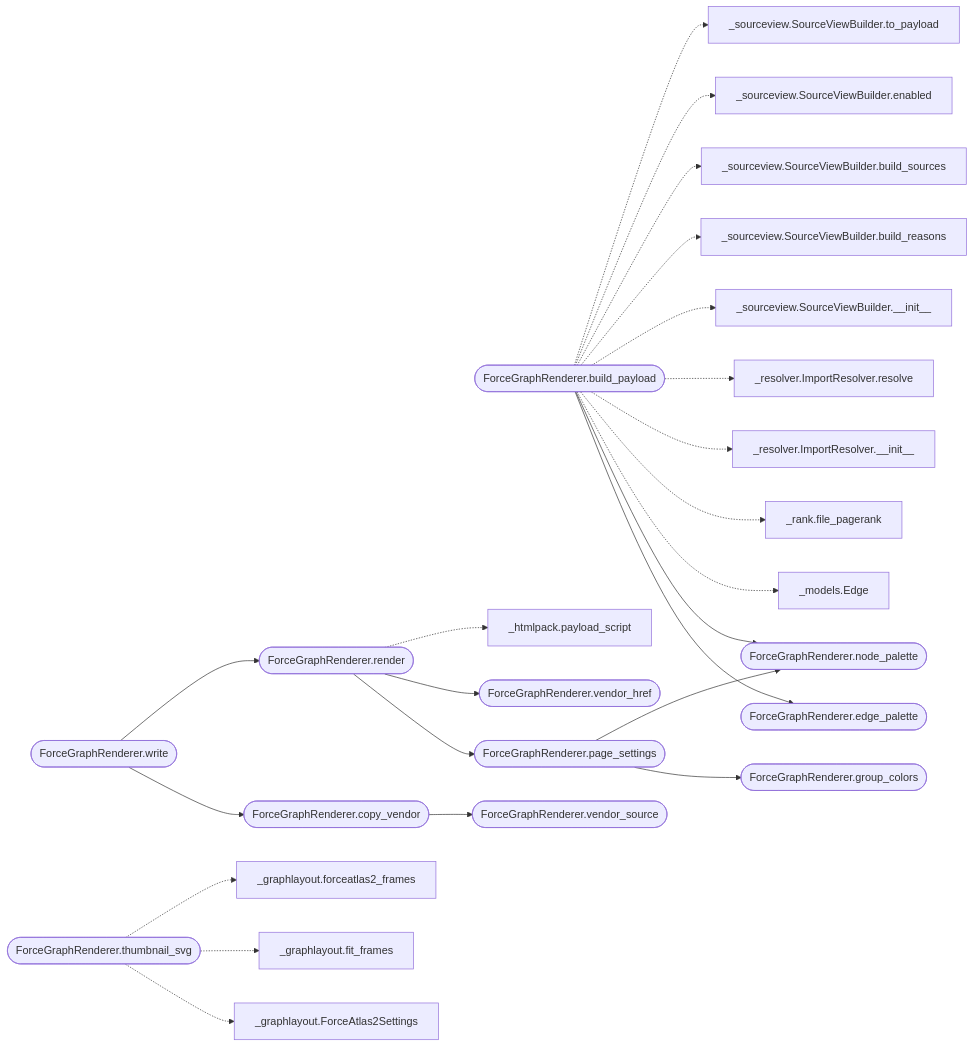
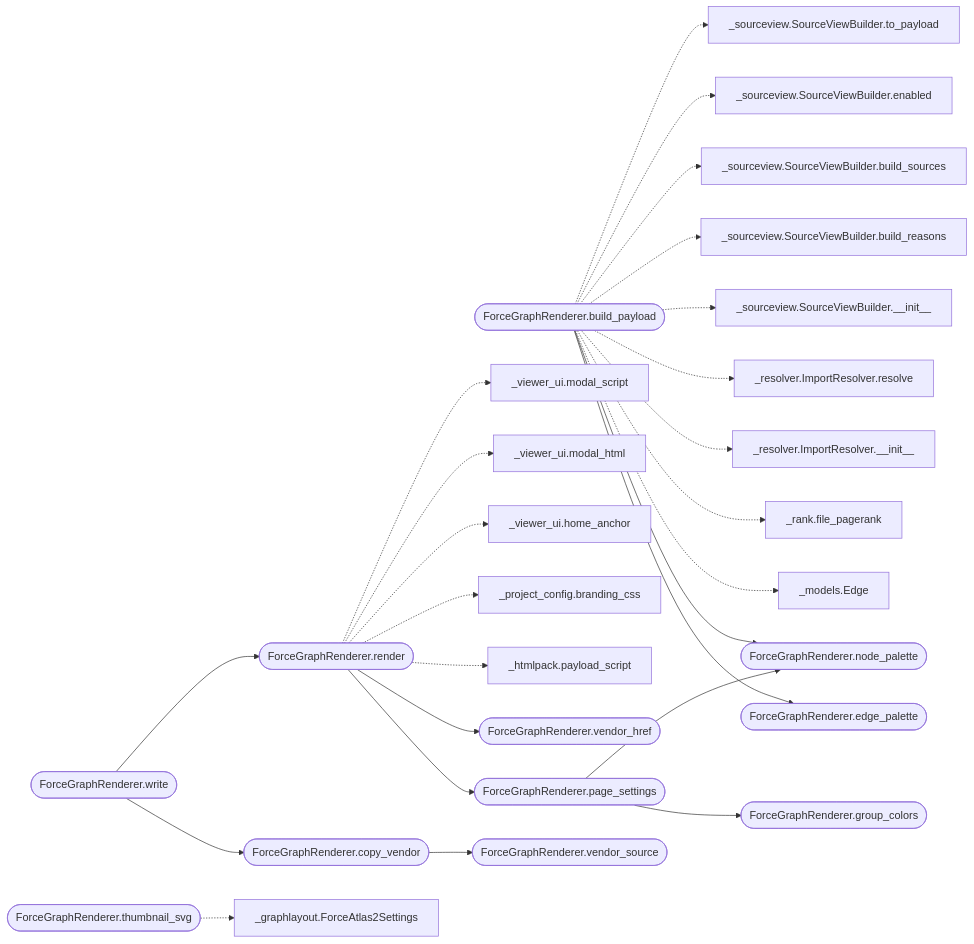
One commit to grisuno/ReadMenator changed the diagram in readmenator-apidocs/modules/readmenator._forcegraph.py.md. Above: the diagram before and after it, drawn with Mermaid. The commit also changed other lines of this file and 334 other files, not shown here.

````diff
--- a/readmenator-apidocs/modules/readmenator._forcegraph.py.md
+++ b/readmenator-apidocs/modules/readmenator._forcegraph.py.md
@@ -25,49 +25,53 @@
 ```mermaid
 flowchart LR
     n_readmenator__forcegraph_py__ForceGraphRenderer_build_payload(["ForceGraphRenderer.build_payload"])
     n_readmenator__forcegraph_py__ForceGraphRenderer_edge_palette(["ForceGraphRenderer.edge_palette"])
     n_readmenator__forcegraph_py__ForceGraphRenderer_node_palette(["ForceGraphRenderer.node_palette"])
     n_readmenator__forcegraph_py__ForceGraphRenderer_render(["ForceGraphRenderer.render"])
     n_readmenator__forcegraph_py__ForceGraphRenderer_page_settings(["ForceGraphRenderer.page_settings"])
     n_readmenator__forcegraph_py__ForceGraphRenderer_vendor_href(["ForceGraphRenderer.vendor_href"])
     n_readmenator__forcegraph_py__ForceGraphRenderer_group_colors(["ForceGraphRenderer.group_colors"])
     n_readmenator__forcegraph_py__ForceGraphRenderer_write(["ForceGraphRenderer.write"])
     n_readmenator__forcegraph_py__ForceGraphRenderer_copy_vendor(["ForceGraphRenderer.copy_vendor"])
     n_readmenator__forcegraph_py__ForceGraphRenderer_vendor_source(["ForceGraphRenderer.vendor_source"])
     n_readmenator__models_py__Edge["_models.Edge"]
     n_readmenator__rank_py__file_pagerank["_rank.file_pagerank"]
     n_readmenator__resolver_py__ImportResolver___init__["_resolver.ImportResolver.__init__"]
     n_readmenator__resolver_py__ImportResolver_resolve["_resolver.ImportResolver.resolve"]
     n_readmenator__sourceview_py__SourceViewBuilder___init__["_sourceview.SourceViewBuilder.__init__"]
     n_readmenator__sourceview_py__SourceViewBuilder_build_reasons["_sourceview.SourceViewBuilder.build_reasons"]
     n_readmenator__sourceview_py__SourceViewBuilder_build_sources["_sourceview.SourceViewBuilder.build_sources"]
     n_readmenator__sourceview_py__SourceViewBuilder_enabled["_sourceview.SourceViewBuilder.enabled"]
     n_readmenator__sourceview_py__SourceViewBuilder_to_payload["_sourceview.SourceViewBuilder.to_payload"]
     n_readmenator__htmlpack_py__payload_script["_htmlpack.payload_script"]
+    n_readmenator__project_config_py__branding_css["_project_config.branding_css"]
+    n_readmenator__viewer_ui_py__home_anchor["_viewer_ui.home_anchor"]
+    n_readmenator__viewer_ui_py__modal_html["_viewer_ui.modal_html"]
+    n_readmenator__viewer_ui_py__modal_script["_viewer_ui.modal_script"]
     n_readmenator__forcegraph_py__ForceGraphRenderer_thumbnail_svg(["ForceGraphRenderer.thumbnail_svg"])
     n_readmenator__graphlayout_py__ForceAtlas2Settings["_graphlayout.ForceAtlas2Settings"]
-    n_readmenator__graphlayout_py__fit_frames["_graphlayout.fit_frames"]
-    n_readmenator__graphlayout_py__forceatlas2_frames["_graphlayout.forceatlas2_frames"]
     n_readmenator__forcegraph_py__ForceGraphRenderer_build_payload --> n_readmenator__forcegraph_py__ForceGraphRenderer_edge_palette
     n_readmenator__forcegraph_py__ForceGraphRenderer_build_payload --> n_readmenator__forcegraph_py__ForceGraphRenderer_node_palette
     n_readmenator__forcegraph_py__ForceGraphRenderer_render --> n_readmenator__forcegraph_py__ForceGraphRenderer_page_settings
     n_readmenator__forcegraph_py__ForceGraphRenderer_render --> n_readmenator__forcegraph_py__ForceGraphRenderer_vendor_href
     n_readmenator__forcegraph_py__ForceGraphRenderer_page_settings --> n_readmenator__forcegraph_py__ForceGraphRenderer_group_colors
     n_readmenator__forcegraph_py__ForceGraphRenderer_page_settings --> n_readmenator__forcegraph_py__ForceGraphRenderer_node_palette
     n_readmenator__forcegraph_py__ForceGraphRenderer_write --> n_readmenator__forcegraph_py__ForceGraphRenderer_copy_vendor
     n_readmenator__forcegraph_py__ForceGraphRenderer_write --> n_readmenator__forcegraph_py__ForceGraphRenderer_render
     n_readmenator__forcegraph_py__ForceGraphRenderer_copy_vendor --> n_readmenator__forcegraph_py__ForceGraphRenderer_vendor_source
     n_readmenator__forcegraph_py__ForceGraphRenderer_build_payload -.-> n_readmenator__models_py__Edge
     n_readmenator__forcegraph_py__ForceGraphRenderer_build_payload -.-> n_readmenator__rank_py__file_pagerank
     n_readmenator__forcegraph_py__ForceGraphRenderer_build_payload -.-> n_readmenator__resolver_py__ImportResolver___init__
     n_readmenator__forcegraph_py__ForceGraphRenderer_build_payload -.-> n_readmenator__resolver_py__ImportResolver_resolve
     n_readmenator__forcegraph_py__ForceGraphRenderer_build_payload -.-> n_readmenator__sourceview_py__SourceViewBuilder___init__
     n_readmenator__forcegraph_py__ForceGraphRenderer_build_payload -.-> n_readmenator__sourceview_py__SourceViewBuilder_build_reasons
     n_readmenator__forcegraph_py__ForceGraphRenderer_build_payload -.-> n_readmenator__sourceview_py__SourceViewBuilder_build_sources
     n_readmenator__forcegraph_py__ForceGraphRenderer_build_payload -.-> n_readmenator__sourceview_py__SourceViewBuilder_enabled
     n_readmenator__forcegraph_py__ForceGraphRenderer_build_payload -.-> n_readmenator__sourceview_py__SourceViewBuilder_to_payload
     n_readmenator__forcegraph_py__ForceGraphRenderer_render -.-> n_readmenator__htmlpack_py__payload_script
+    n_readmenator__forcegraph_py__ForceGraphRenderer_render -.-> n_readmenator__project_config_py__branding_css
+    n_readmenator__forcegraph_py__ForceGraphRenderer_render -.-> n_readmenator__viewer_ui_py__home_anchor
+    n_readmenator__forcegraph_py__ForceGraphRenderer_render -.-> n_readmenator__viewer_ui_py__modal_html
+    n_readmenator__forcegraph_py__ForceGraphRenderer_render -.-> n_readmenator__viewer_ui_py__modal_script
     n_readmenator__forcegraph_py__ForceGraphRenderer_thumbnail_svg -.-> n_readmenator__graphlayout_py__ForceAtlas2Settings
-    n_readmenator__forcegraph_py__ForceGraphRenderer_thumbnail_svg -.-> n_readmenator__graphlayout_py__fit_frames
-    n_readmenator__forcegraph_py__ForceGraphRenderer_thumbnail_svg -.-> n_readmenator__graphlayout_py__forceatlas2_frames
 ```
````
